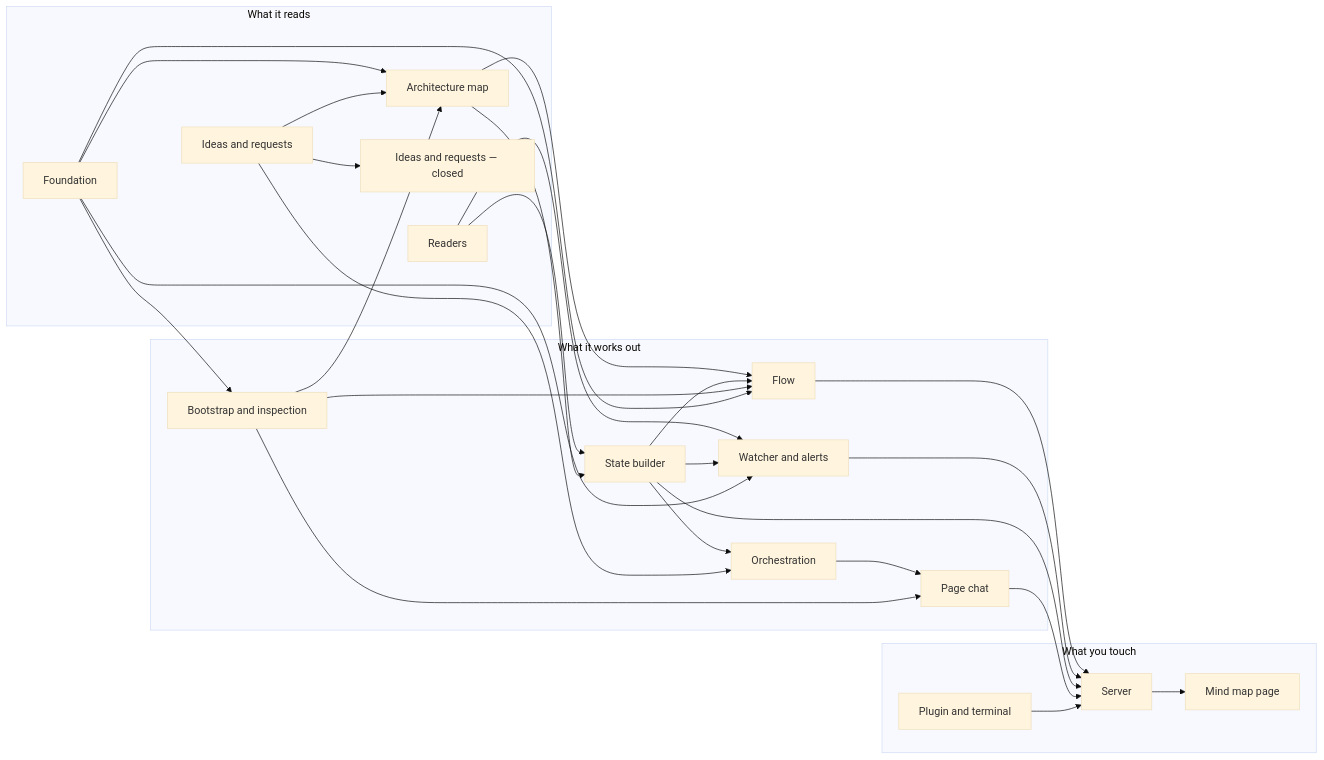
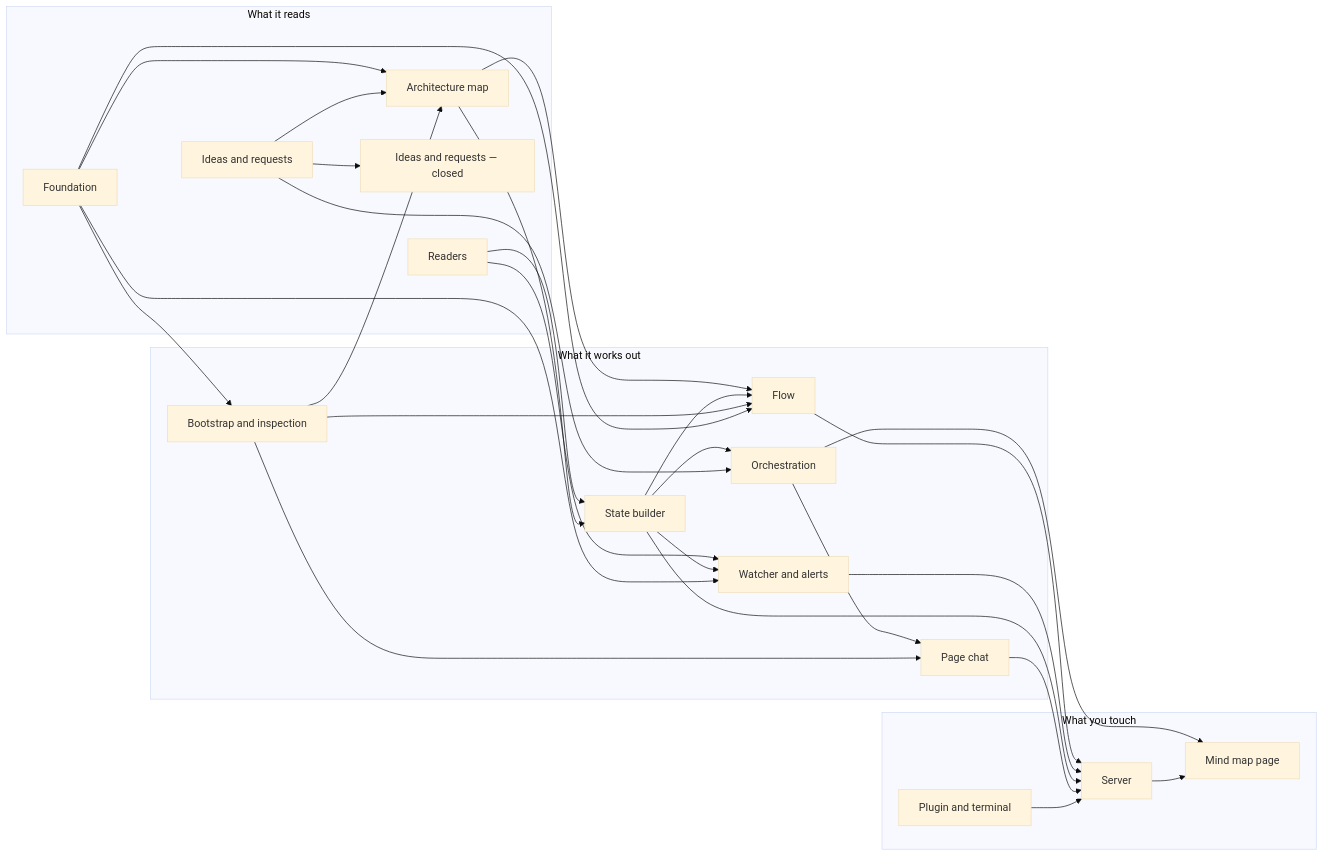
Before and after one commit to dan-abreu/session-map: the diagram in docs/architecture/README.md, drawn with Mermaid (base theme). The commit also changed other lines of this file and 664 other files, not shown here.

````diff
--- a/docs/architecture/README.md
+++ b/docs/architecture/README.md
@@ -7,47 +7,48 @@
 ```mermaid
 flowchart LR
     subgraph sources["What it reads"]
         RD[Readers]
         AM[Architecture map]
         FD[Foundation]
         ID[Ideas and requests]
         IC[Ideas and requests — closed]
     end
     subgraph engine["What it works out"]
         SB[State builder]
         PC[Page chat]
         FL[Flow]
         OR[Orchestration]
         WA[Watcher and alerts]
         BI[Bootstrap and inspection]
     end
     subgraph surface["What you touch"]
         SV[Server]
         MM[Mind map page]
         PL[Plugin and terminal]
     end
     RD --> SB
     AM --> SB
     AM --> FL
     SB --> FL
     RD --> WA
     SB --> WA
     SB --> OR
     OR --> PC
+    OR --> MM
     BI --> PC
     BI --> AM
     BI --> FL
     FL --> SV
     WA --> SV
     SB --> SV
     PC --> SV
     SV --> MM
     PL --> SV
     FD --> AM
     FD --> FL
     FD --> BI
     FD --> WA
     ID --> AM
     ID --> IC
     ID --> OR
 ```
````
